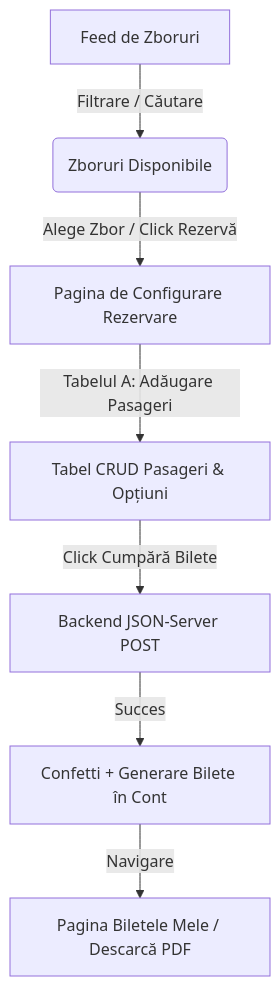
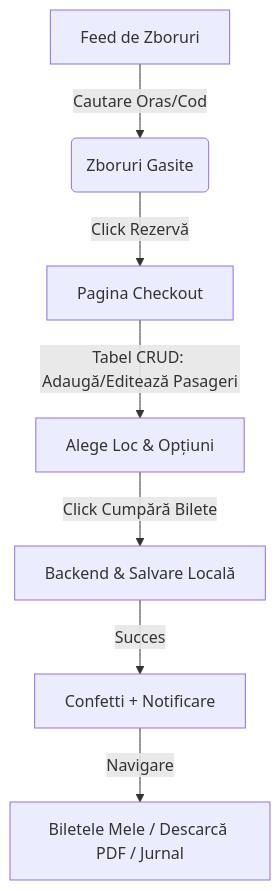
The diagram in README.md (hadnagy0/SkyPass), drawn with Mermaid before and after one commit. The commit also changed other lines of this file, not shown here.

````diff
--- a/README.md
+++ b/README.md
@@ -20,9 +64,9 @@
 ```mermaid
 graph TD
-    A[Feed de Zboruri] -->|Filtrare / Căutare| B(Zboruri Disponibile)
-    B -->|Alege Zbor / Click Rezervă| C[Pagina de Configurare Rezervare]
-    C -->|Tabelul A: Adăugare Pasageri| D[Tabel CRUD Pasageri & Opțiuni]
-    D -->|Click Cumpără Bilete| E[Backend JSON-Server POST]
-    E -->|Succes| F[Confetti + Generare Bilete în Cont]
-    F -->|Navigare| G[Pagina Biletele Mele / Descarcă PDF]
+    A[Feed de Zboruri] -->|Cautare Oras/Cod| B(Zboruri Gasite)
+    B -->|Click Rezervă| C[Pagina Checkout]
+    C -->|Tabel CRUD: Adaugă/Editează Pasageri| D[Alege Loc & Opțiuni]
+    D -->|Click Cumpără Bilete| E[Backend & Salvare Locală]
+    E -->|Succes| F[Confetti + Notificare]
+    F -->|Navigare| G[Biletele Mele / Descarcă PDF / Jurnal]
 ```
````
